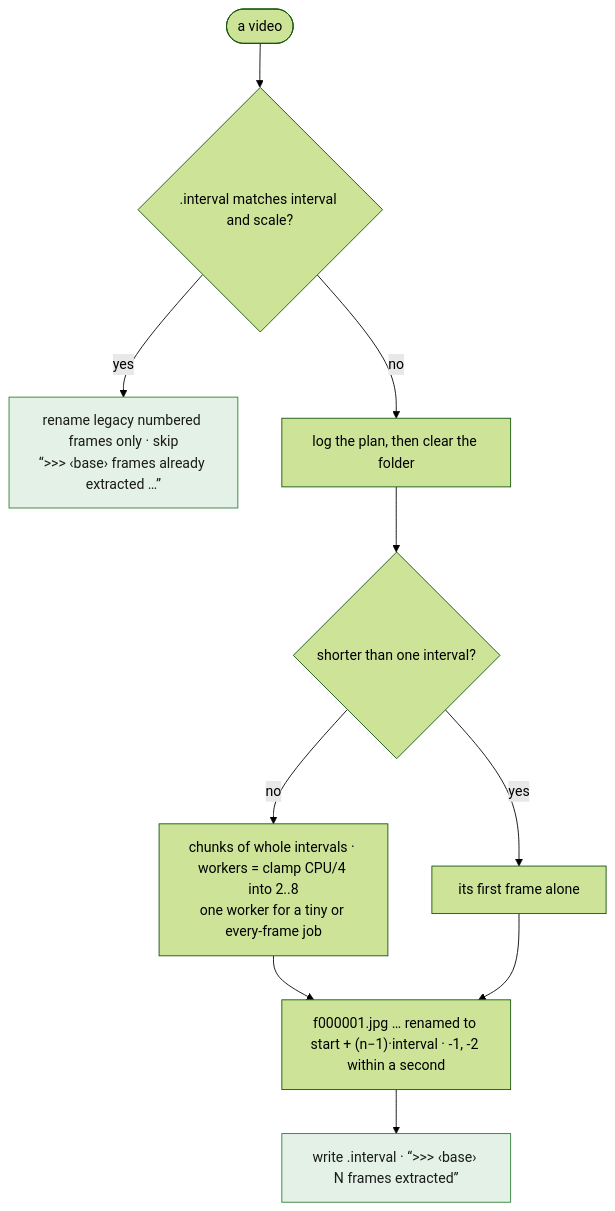
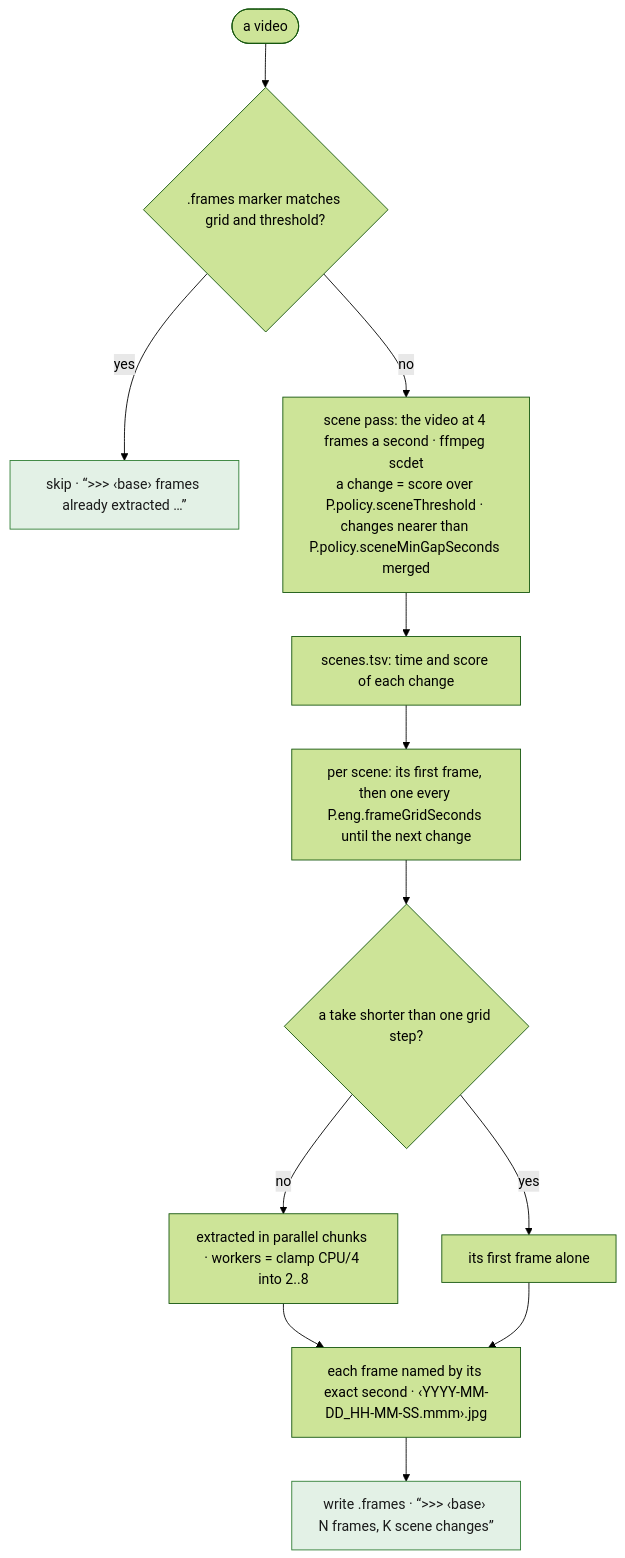
Before and after one commit to tbocek/naivepost: the sixth of 12 diagrams in spec/04-prepare.md, drawn with Mermaid (forest theme). The commit also changed other lines of this file and 24 other files, not shown here.

````diff
--- a/spec/04-prepare.md
+++ b/spec/04-prepare.md
@@ -173,15 +173,17 @@
 ```mermaid
 flowchart TD
-  A(["a video"]) --> M{".interval matches interval and scale?"}
-  M -- yes --> RN["rename legacy numbered frames only · skip<br/>“>>> ‹base› frames already extracted …”"]:::done
-  M -- no --> LOG["log the plan, then clear the folder"]
-  LOG --> SHORT{"shorter than one interval?"}
-  SHORT -- yes --> ONE["its first frame alone"]
-  SHORT -- no --> PAR["chunks of whole intervals · workers = clamp CPU/4 into 2..8<br/>one worker for a tiny or every-frame job"]
-  PAR --> REN["f000001.jpg … renamed to start + (n−1)·interval · -1, -2 within a second"]
-  ONE --> REN
-  REN --> MK["write .interval · “>>> ‹base› N frames extracted”"]:::done
+  A(["a video"]) --> M{".frames marker matches grid and threshold?"}
+  M -- yes --> SK["skip · “>>> ‹base› frames already extracted …”"]:::done
+  M -- no --> SD["scene pass: the video at 4 frames a second · ffmpeg scdet<br/>a change = score over P.policy.sceneThreshold · changes nearer than P.policy.sceneMinGapSeconds merged"]
+  SD --> ST["scenes.tsv: time and score of each change"]
+  ST --> G["per scene: its first frame, then one every P.eng.frameGridSeconds until the next change"]
+  G --> SH{"a take shorter than one grid step?"}
+  SH -- yes --> ONE["its first frame alone"]
+  SH -- no --> PAR["extracted in parallel chunks · workers = clamp CPU/4 into 2..8"]
+  PAR --> NM["each frame named by its exact second · ‹YYYY-MM-DD_HH-MM-SS.mmm›.jpg"]
+  ONE --> NM
+  NM --> MK["write .frames · “>>> ‹base› N frames, K scene changes”"]:::done
   classDef refuse fill:#fde2e1,stroke:#c01c28,color:#1a1a1a
   classDef done fill:#e3f1e6,stroke:#2e7d32,color:#1a1a1a
   classDef ask fill:#e8eefc,stroke:#3a63c8,color:#1a1a1a
 ```
````
